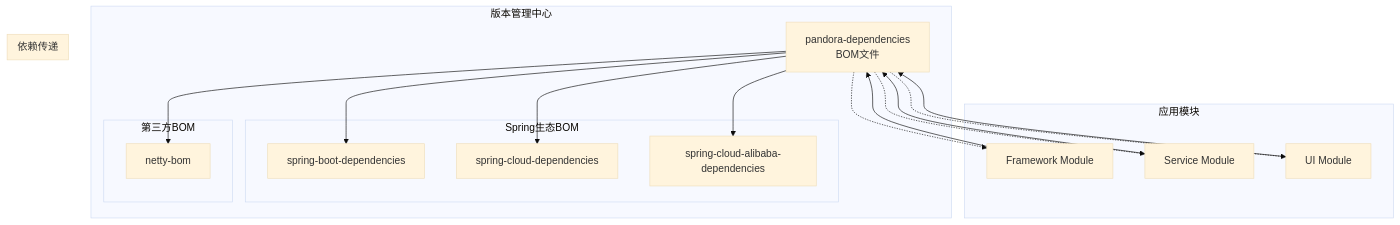
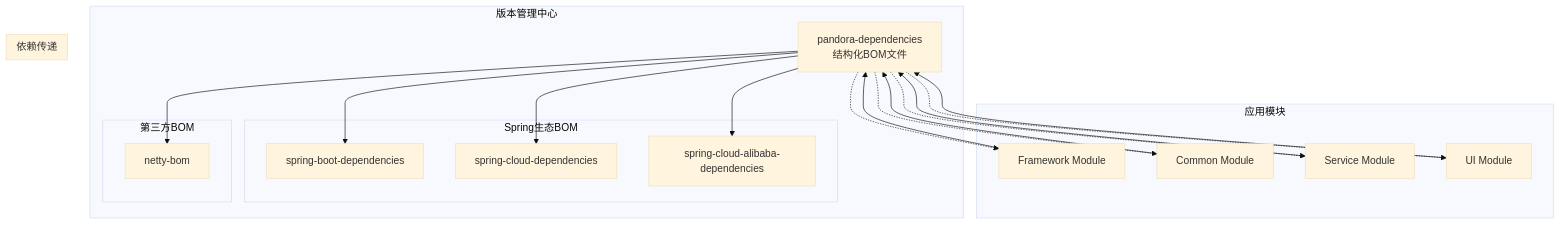
One commit to guanglei93/pandora-cloud changed the third of 8 diagrams in .qoder/repowiki/zh/content/架构设计/依赖管理架构.md. Above: the diagram before and after it, drawn with Mermaid (base theme). The commit also changed other lines of this file and 5 other files, not shown here.

Commit message:
docs: 更新架构设计文档、核心组件文档，新增 pandora-common 模块说明

````diff
--- a/.qoder/repowiki/zh/content/架构设计/依赖管理架构.md
+++ b/.qoder/repowiki/zh/content/架构设计/依赖管理架构.md
@@ -139,31 +148,34 @@
 ```mermaid
 graph TB
 subgraph "版本管理中心"
-BOM[pandora-dependencies<br/>BOM文件]
+BOM[pandora-dependencies<br/>结构化BOM文件]
 subgraph "Spring生态BOM"
 SB[spring-boot-dependencies]
 SC[spring-cloud-dependencies]
 SA[spring-cloud-alibaba-dependencies]
 end
 subgraph "第三方BOM"
 NB[netty-bom]
 end
 BOM --> SB
 BOM --> SC
 BOM --> SA
 BOM --> NB
 end
 subgraph "应用模块"
 FM[Framework Module]
+CM[Common Module]
 SM[Service Module]
 UM[UI Module]
 end
 subgraph "依赖传递"
 FM --> BOM
+CM --> BOM
 SM --> BOM
 UM --> BOM
 end
 BOM -.-> FM
+BOM -.-> CM
 BOM -.-> SM
 BOM -.-> UM
 ```
````
